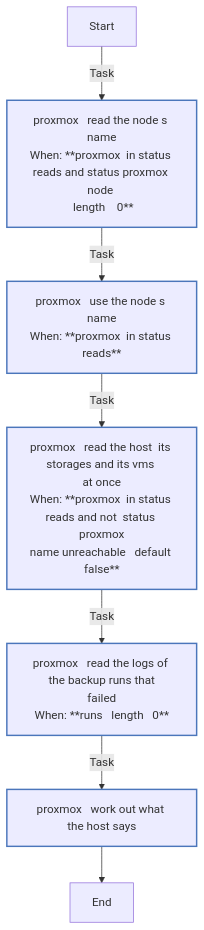
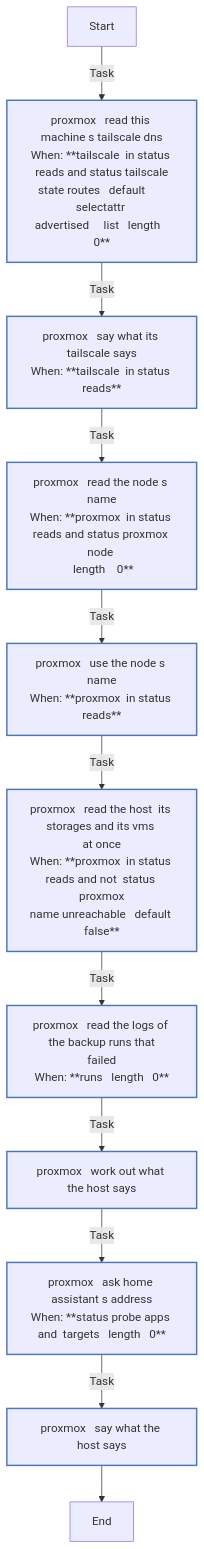
Before and after one commit to kawadeomkar/homeserver: the third of 4 diagrams in roles/status/REFERENCE.md, drawn with Mermaid. The commit also changed other lines of this file and 15 other files, not shown here.

````diff
--- a/roles/status/REFERENCE.md
+++ b/roles/status/REFERENCE.md
@@ -692,19 +722,23 @@
 ```mermaid
 flowchart TD
 Start
 classDef block stroke:#3498db,stroke-width:2px;
 classDef task stroke:#4b76bb,stroke-width:2px;
 classDef includeTasks stroke:#16a085,stroke-width:2px;
 classDef importTasks stroke:#34495e,stroke-width:2px;
 classDef includeRole stroke:#2980b9,stroke-width:2px;
 classDef importRole stroke:#699ba7,stroke-width:2px;
 classDef includeVars stroke:#8e44ad,stroke-width:2px;
 classDef rescue stroke:#665352,stroke-width:2px;
 
-  Start-->|Task| proxmox___Read_the_node_s_name0[proxmox   read the node s name<br>When: **proxmox  in status reads and status proxmox node <br> length    0**]:::task
-  proxmox___Read_the_node_s_name0-->|Task| proxmox___Use_the_node_s_name1[proxmox   use the node s name<br>When: **proxmox  in status reads**]:::task
-  proxmox___Use_the_node_s_name1-->|Task| proxmox___Read_the_host__its_storages_and_its_VMs__at_once2[proxmox   read the host  its storages and its vms <br>at once<br>When: **proxmox  in status reads and not  status proxmox<br>name unreachable   default false**]:::task
-  proxmox___Read_the_host__its_storages_and_its_VMs__at_once2-->|Task| proxmox___Read_the_logs_of_the_backup_runs_that_failed3[proxmox   read the logs of the backup runs that<br>failed<br>When: **runs   length   0**]:::task
-  proxmox___Read_the_logs_of_the_backup_runs_that_failed3-->|Task| proxmox___Work_out_what_the_host_says4[proxmox   work out what the host says]:::task
-  proxmox___Work_out_what_the_host_says4-->End
+  Start-->|Task| proxmox___Read_this_machine_s_Tailscale_DNS0[proxmox   read this machine s tailscale dns<br>When: **tailscale  in status reads and status tailscale<br>state routes   default       selectattr <br>advertised     list   length   0**]:::task
+  proxmox___Read_this_machine_s_Tailscale_DNS0-->|Task| proxmox___Say_what_its_Tailscale_says1[proxmox   say what its tailscale says<br>When: **tailscale  in status reads**]:::task
+  proxmox___Say_what_its_Tailscale_says1-->|Task| proxmox___Read_the_node_s_name2[proxmox   read the node s name<br>When: **proxmox  in status reads and status proxmox node <br> length    0**]:::task
+  proxmox___Read_the_node_s_name2-->|Task| proxmox___Use_the_node_s_name3[proxmox   use the node s name<br>When: **proxmox  in status reads**]:::task
+  proxmox___Use_the_node_s_name3-->|Task| proxmox___Read_the_host__its_storages_and_its_VMs__at_once4[proxmox   read the host  its storages and its vms <br>at once<br>When: **proxmox  in status reads and not  status proxmox<br>name unreachable   default false**]:::task
+  proxmox___Read_the_host__its_storages_and_its_VMs__at_once4-->|Task| proxmox___Read_the_logs_of_the_backup_runs_that_failed5[proxmox   read the logs of the backup runs that<br>failed<br>When: **runs   length   0**]:::task
+  proxmox___Read_the_logs_of_the_backup_runs_that_failed5-->|Task| proxmox___Work_out_what_the_host_says6[proxmox   work out what the host says]:::task
+  proxmox___Work_out_what_the_host_says6-->|Task| proxmox___Ask_Home_Assistant_s_address7[proxmox   ask home assistant s address<br>When: **status probe apps and  targets   length   0**]:::task
+  proxmox___Ask_Home_Assistant_s_address7-->|Task| proxmox___Say_what_the_host_says8[proxmox   say what the host says]:::task
+  proxmox___Say_what_the_host_says8-->End
 ```
````
